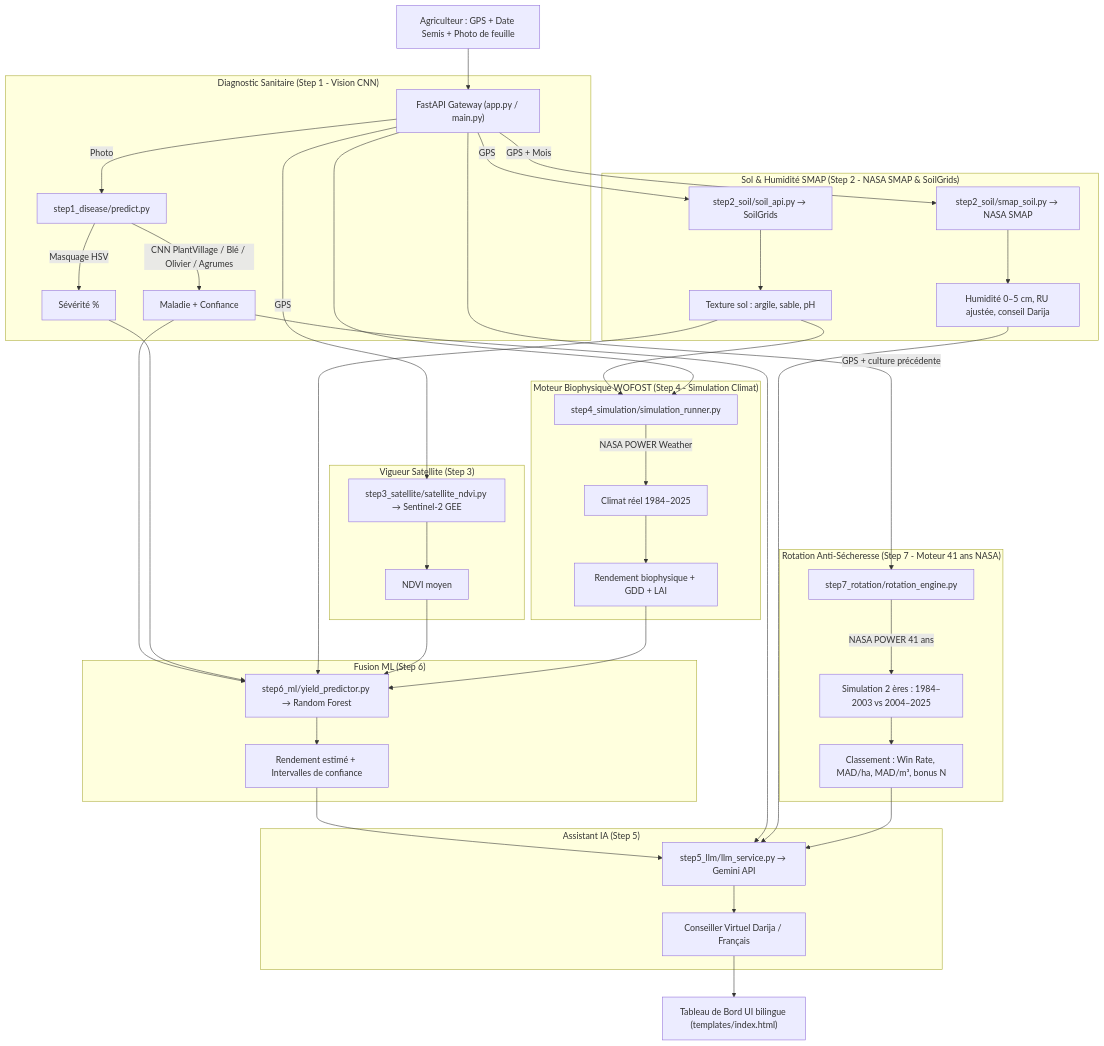
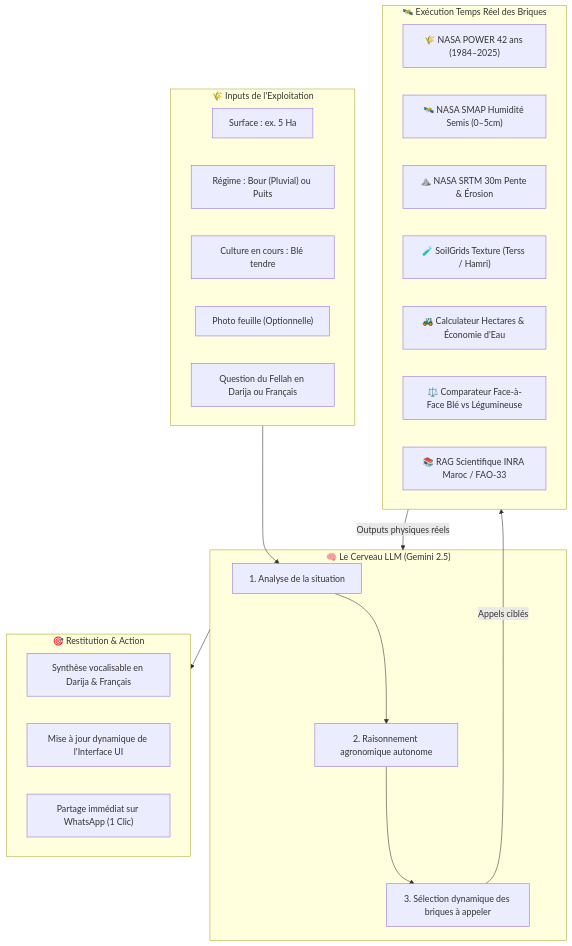
Before and after one commit to NasaChallenge-earth-eyes/earth-eyes: the diagram in README.md, drawn with Mermaid. The commit also changed other lines of this file, not shown here.

First line of the commit message:
docs(readme): Complete psychological & architectural overhaul of README

````diff
--- a/README.md
+++ b/README.md
@@ -64,46 +54,38 @@
 ```mermaid
-graph TD
-    A["Agriculteur : GPS + Date Semis + Photo de feuille"] --> B["FastAPI Gateway (app.py / main.py)"]
-
-    subgraph "Diagnostic Sanitaire (Step 1 - Vision CNN)"
-        B -->|Photo| C["step1_disease/predict.py"]
-        C -->|CNN PlantVillage / Blé / Olivier / Agrumes| C1["Maladie + Confiance"]
-        C -->|Masquage HSV| C2["Sévérité %"]
+flowchart TD
+    subgraph Inputs["🌾 Inputs de l'Exploitation"]
+        I1["Surface : ex. 5 Ha"]
+        I2["Régime : Bour (Pluvial) ou Puits"]
+        I3["Culture en cours : Blé tendre"]
+        I4["Photo feuille (Optionnelle)"]
+        I5["Question du Fellah en Darija ou Français"]
     end
 
-    subgraph "Sol & Humidité SMAP (Step 2 - NASA SMAP & SoilGrids)"
-        B -->|GPS| D1["step2_soil/soil_api.py → SoilGrids"]
-        B -->|GPS + Mois| D2["step2_soil/smap_soil.py → NASA SMAP"]
-        D1 --> D3["Texture sol : argile, sable, pH"]
-        D2 --> D4["Humidité 0–5 cm, RU ajustée, conseil Darija"]
+    subgraph Brain["🧠 Le Cerveau LLM (Gemini 2.5)"]
+        B1["1. Analyse de la situation"]
+        B2["2. Raisonnement agronomique autonome"]
+        B3["3. Sélection dynamique des briques à appeler"]
     end
 
-    subgraph "Vigueur Satellite (Step 3)"
-        B -->|GPS| E["step3_satellite/satellite_ndvi.py → Sentinel-2 GEE"]
-        E --> E1["NDVI moyen"]
+    subgraph Tools["🛰️ Exécution Temps Réel des Briques"]
+        T1["🌾 NASA POWER 42 ans (1984–2025)"]
+        T2["🛰️ NASA SMAP Humidité Semis (0–5cm)"]
+        T3["⛰️ NASA SRTM 30m Pente & Érosion"]
+        T4["🧪 SoilGrids Texture (Terss / Hamri)"]
+        T5["🚜 Calculateur Hectares & Économie d'Eau"]
+        T6["⚖️ Comparateur Face-à-Face Blé vs Légumineuse"]
+        T7["📚 RAG Scientifique INRA Maroc / FAO-33"]
     end
 
-    subgraph "Moteur Biophysique WOFOST (Step 4 - Simulation Climat)"
-        D3 & B --> F["step4_simulation/simulation_runner.py"]
-        F -->|NASA POWER Weather| F1["Climat réel 1984–2025"]
-        F1 --> F2["Rendement biophysique + GDD + LAI"]
+    subgraph Output["🎯 Restitution & Action"]
+        O1["Synthèse vocalisable en Darija & Français"]
+        O2["Mise à jour dynamique de l'Interface UI"]
+        O3["Partage immédiat sur WhatsApp (1 Clic)"]
     end
 
-    subgraph "Fusion ML (Step 6)"
-        C1 & C2 & D3 & E1 & F2 --> G["step6_ml/yield_predictor.py → Random Forest"]
-        G --> G1["Rendement estimé + Intervalles de confiance"]
-    end
-
-    subgraph "Rotation Anti-Sécheresse (Step 7 - Moteur 41 ans NASA)"
-        B -->|GPS + culture précédente| H["step7_rotation/rotation_engine.py"]
-        H -->|NASA POWER 41 ans| H1["Simulation 2 ères : 1984–2003 vs 2004–2025"]
-        H1 --> H2["Classement : Win Rate, MAD/ha, MAD/m³, bonus N"]
-    end
-
-    subgraph "Assistant IA (Step 5)"
-        G1 & C1 & D4 & H2 --> I["step5_llm/llm_service.py → Gemini API"]
-        I --> J["Conseiller Virtuel Darija / Français"]
-    end
-
-    J --> K["Tableau de Bord UI bilingue (templates/index.html)"]
+    Inputs --> B1
+    B1 --> B2 --> B3
+    B3 -->|Appels ciblés| Tools
+    Tools -->|Outputs physiques réels| Brain
+    Brain --> Output
 ```
````
